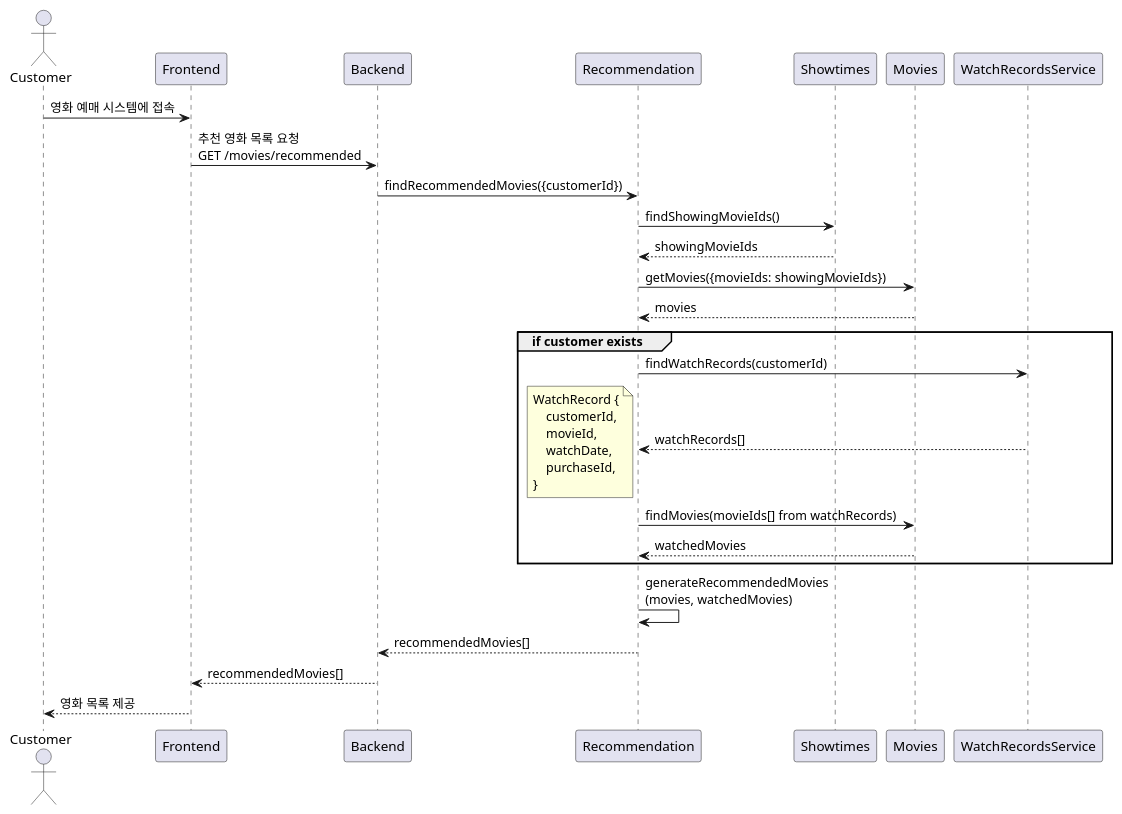
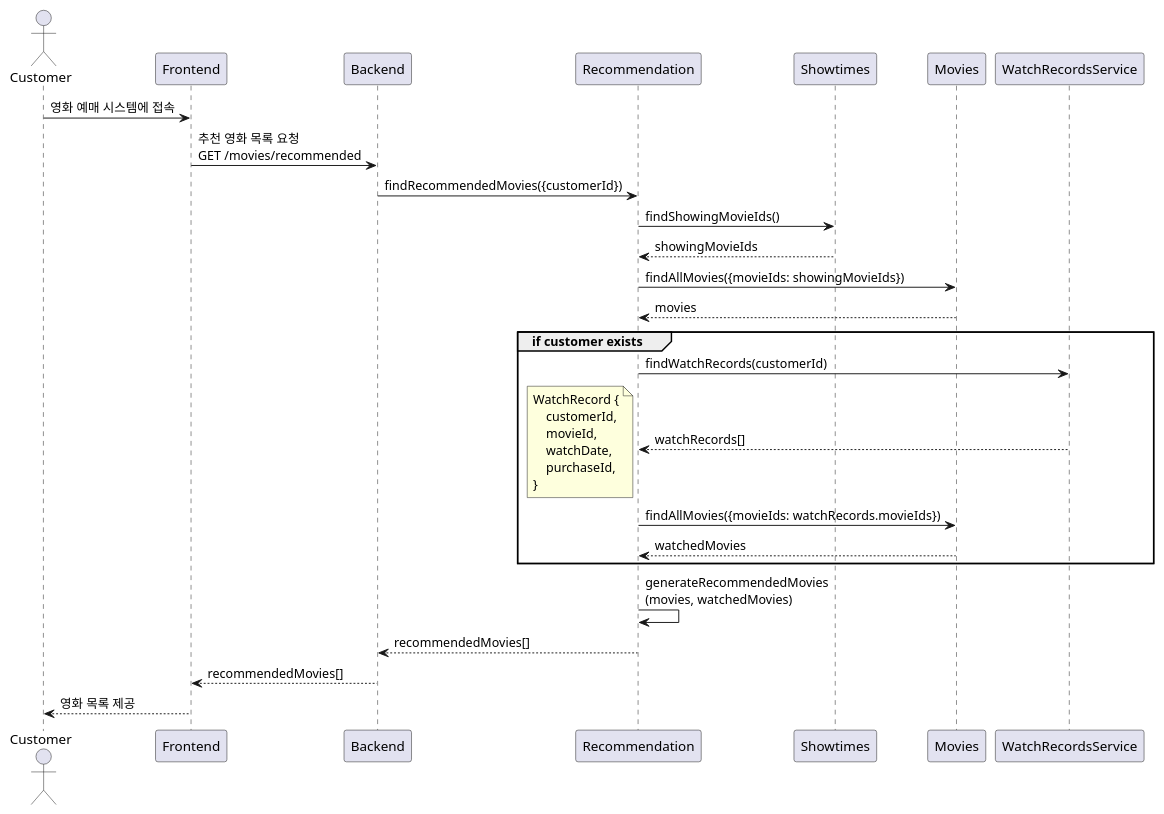
The first of 3 diagrams in docs/tickets-purchase.md (mannercode/nest-seed), drawn with PlantUML before and after one commit. The commit also changed 10 other files, not shown here.

````diff
--- a/docs/tickets-purchase.md
+++ b/docs/tickets-purchase.md
@@ -60,31 +60,31 @@
 ```plantuml
 @startuml
 actor Customer
 
 Customer -> Frontend: 영화 예매 시스템에 접속
 Frontend -> Backend: 추천 영화 목록 요청\nGET /movies/recommended
 Backend -> Recommendation: findRecommendedMovies({customerId})
 Recommendation -> Showtimes: findShowingMovieIds()
 Showtimes --> Recommendation: showingMovieIds
-Recommendation -> Movies: getMovies({movieIds: showingMovieIds})
+Recommendation -> Movies: findAllMovies({movieIds: showingMovieIds})
 Movies --> Recommendation: movies
 group if customer exists
     Recommendation -> WatchRecordsService: findWatchRecords(customerId)
     Recommendation <-- WatchRecordsService: watchRecords[]
     note left
     WatchRecord {
         customerId,
         movieId,
         watchDate,
         purchaseId,
     }
     end note
-    Recommendation -> Movies: findMovies(movieIds[] from watchRecords)
+    Recommendation -> Movies: findAllMovies({movieIds: watchRecords.movieIds})
     Recommendation <-- Movies: watchedMovies
 end
 Recommendation -> Recommendation: generateRecommendedMovies\n(movies, watchedMovies)
 Backend <-- Recommendation: recommendedMovies[]
 Frontend <-- Backend: recommendedMovies[]
 Customer <-- Frontend: 영화 목록 제공
 @enduml
 ```
````
